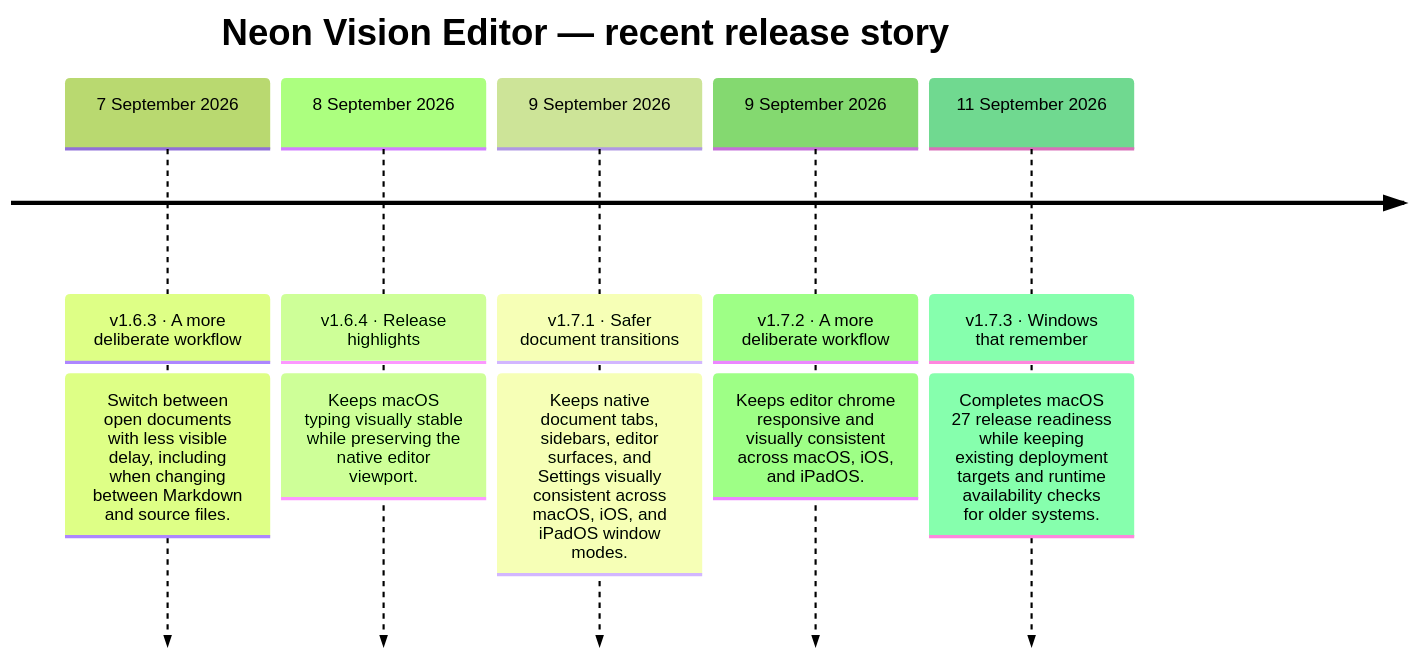
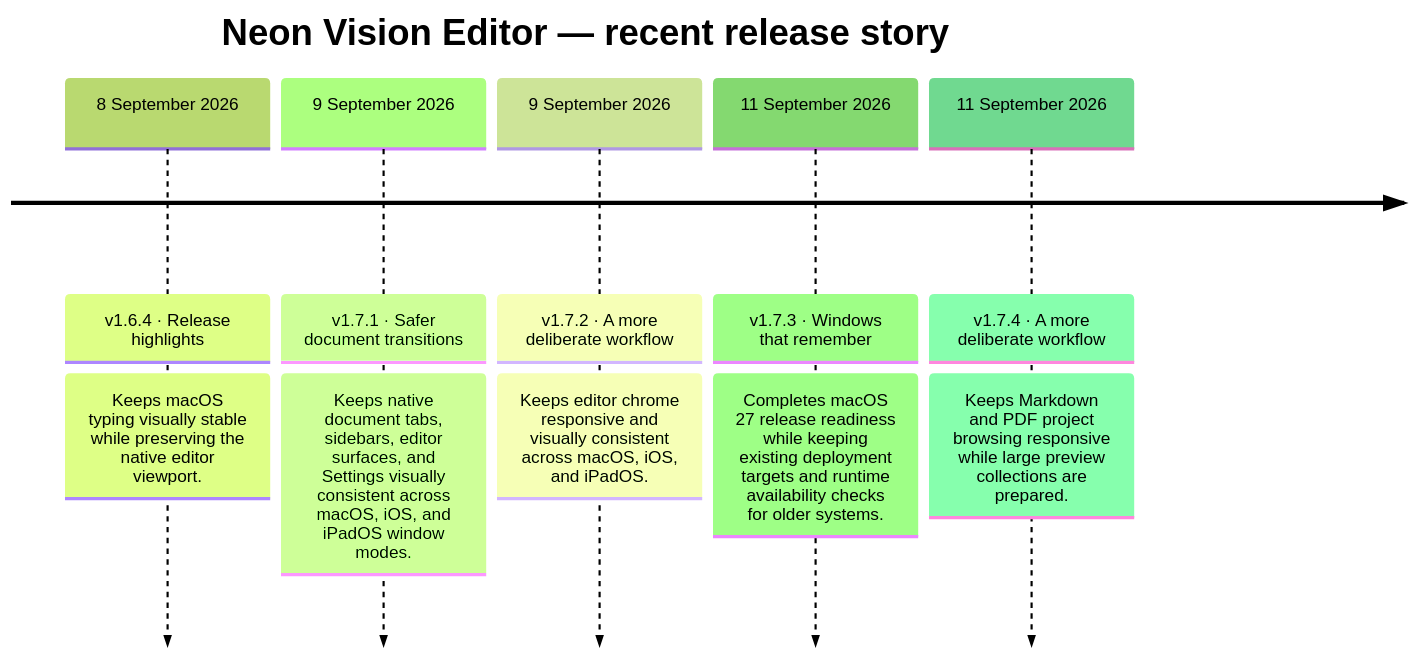
One commit to h3pdesign/Neon-Vision-Editor changed the diagram in README.md. Above: the diagram before and after it, drawn with Mermaid (forest theme). The commit also changed other lines of this file and 9 other files, not shown here.

````diff
--- a/README.md
+++ b/README.md
@@ -750,14 +747,14 @@
 ```mermaid
 timeline
     title Neon Vision Editor — recent release story
-    7 September 2026 : v1.6.3 · A more deliberate workflow
-                : Switch between open documents with less visible delay, including when changing between Markdown and source files.
     8 September 2026 : v1.6.4 · Release highlights
                 : Keeps macOS typing visually stable while preserving the native editor viewport.
     9 September 2026 : v1.7.1 · Safer document transitions
                 : Keeps native document tabs, sidebars, editor surfaces, and Settings visually consistent across macOS, iOS, and iPadOS window modes.
     9 September 2026 : v1.7.2 · A more deliberate workflow
                 : Keeps editor chrome responsive and visually consistent across macOS, iOS, and iPadOS.
     11 September 2026 : v1.7.3 · Windows that remember
                 : Completes macOS 27 release readiness while keeping existing deployment targets and runtime availability checks for older systems.
+    11 September 2026 : v1.7.4 · A more deliberate workflow
+                : Keeps Markdown and PDF project browsing responsive while large preview collections are prepared.
 ```
````
